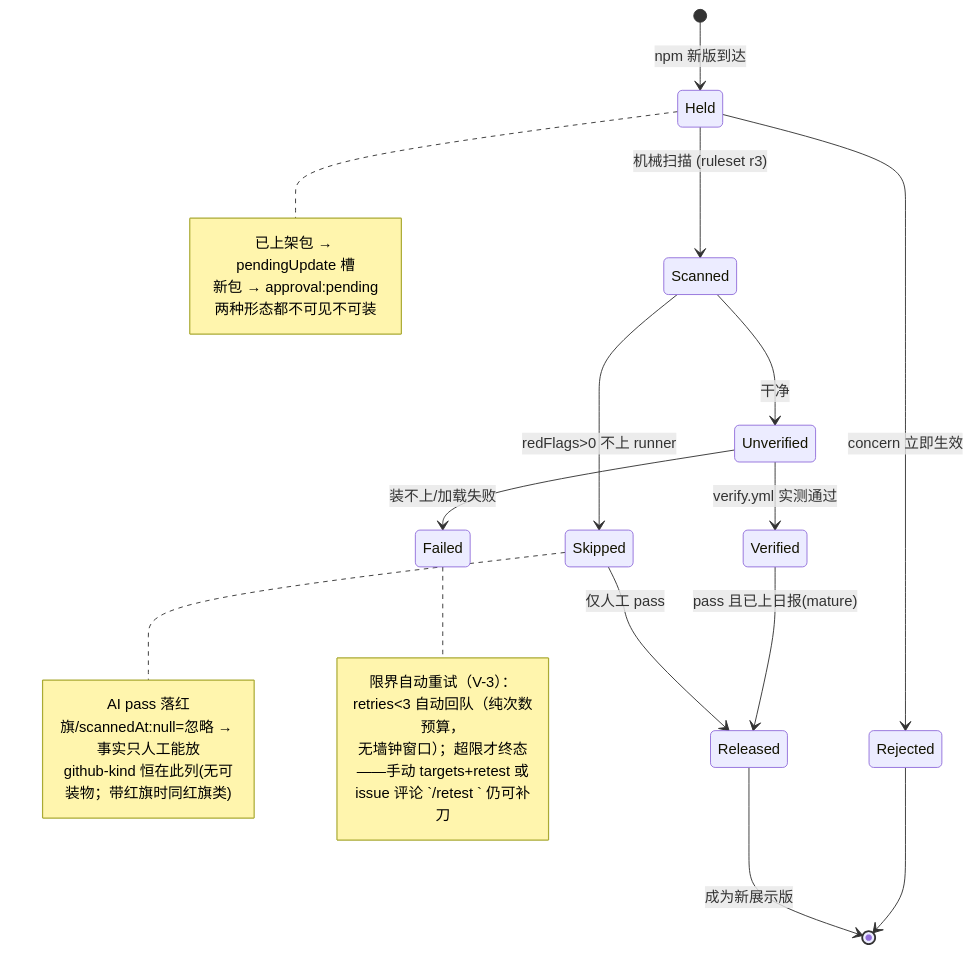
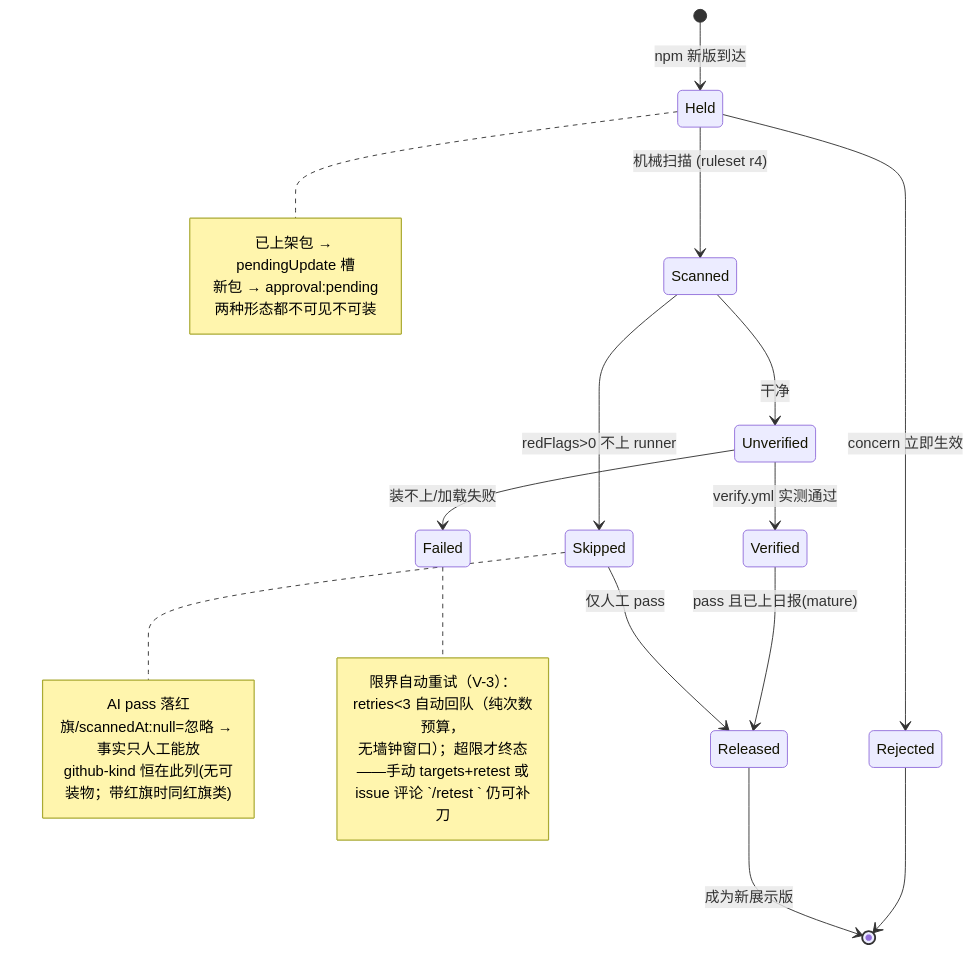
The eighth of 11 diagrams in docs/DATA-FLOWS.md (awesome-market/awesome-opencode-market), drawn with Mermaid before and after one commit. The commit also changed other lines of this file and 10 other files, not shown here.

````diff
--- a/docs/DATA-FLOWS.md
+++ b/docs/DATA-FLOWS.md
@@ -1122,28 +1130,28 @@
 ```mermaid
 stateDiagram-v2
   [*] --> Held: npm 新版到达
   note right of Held
     已上架包 → pendingUpdate 槽
     新包 → approval:pending
     两种形态都不可见不可装
   end note
-  Held --> Scanned: 机械扫描 (ruleset r3)
+  Held --> Scanned: 机械扫描 (ruleset r4)
   Scanned --> Skipped: redFlags>0 不上 runner
   Scanned --> Unverified: 干净
   Unverified --> Verified: verify.yml 实测通过
   Unverified --> Failed: 装不上/加载失败
   Verified --> Released: pass 且已上日报(mature)
   Skipped --> Released: 仅人工 pass
   Held --> Rejected: concern 立即生效
   Rejected --> [*]
   Released --> [*]: 成为新展示版
   note right of Skipped
     AI pass 落红旗/scannedAt:null=忽略 → 事实只人工能放
     github-kind 恒在此列(无可装物；带红旗时同红旗类)
   end note
   note right of Failed
     限界自动重试（V-3）：retries<3 自动回队（纯次数预算，
     无墙钟窗口）；超限才终态——手动 targets+retest 或
     issue 评论 `/retest <pkg>` 仍可补刀
   end note
 ```
````
